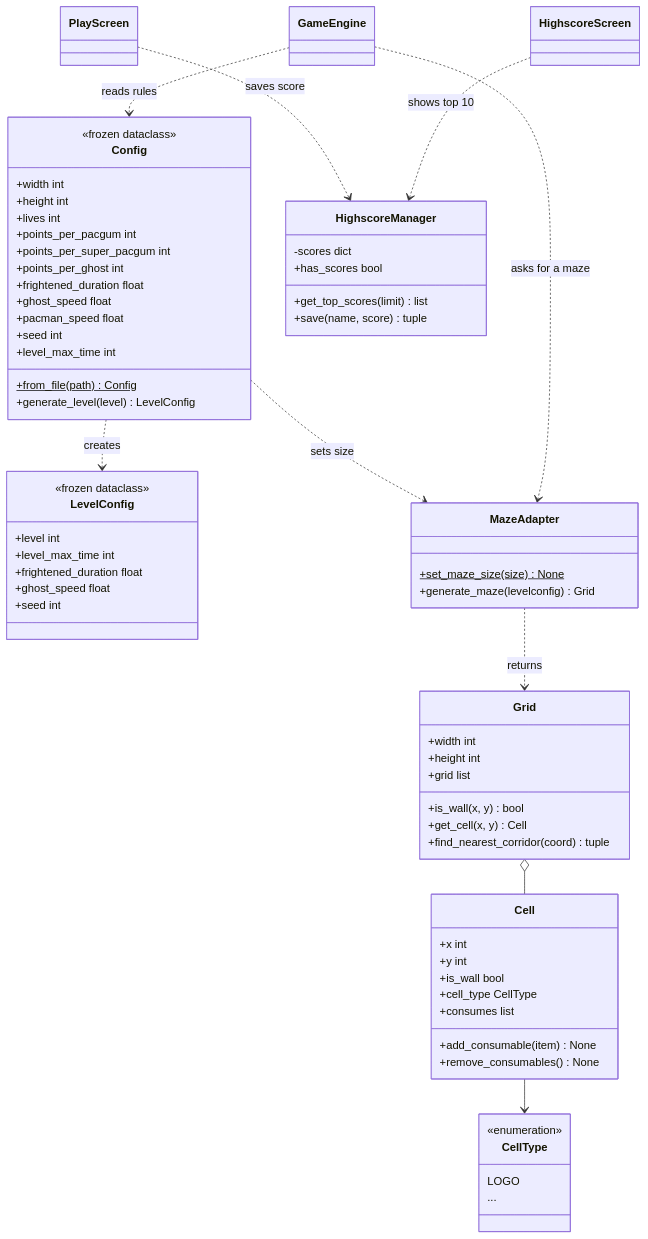
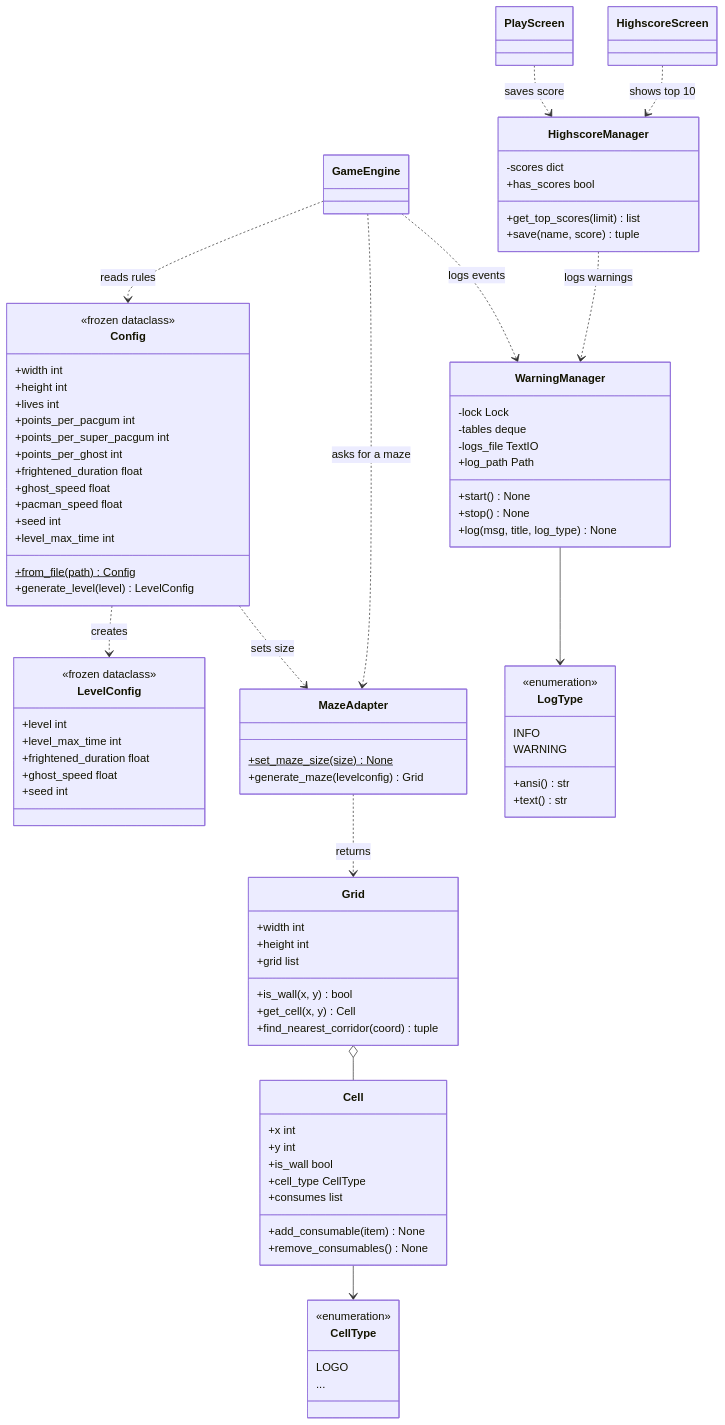
The fourth of 8 diagrams in project_management/uml.md (Roy-ALPHA/Pac-Man), drawn with Mermaid before and after one commit. The commit also changed other lines of this file and 7 other files, not shown here.

````diff
--- a/project_management/uml.md
+++ b/project_management/uml.md
@@ -397,6 +405,24 @@
         +save(name, score) tuple
     }
 
+    class LogType {
+        <<enumeration>>
+        INFO
+        WARNING
+        +ansi() str
+        +text() str
+    }
+
+    class WarningManager {
+        -lock Lock
+        -tables deque
+        -logs_file TextIO
+        +log_path Path
+        +start() None
+        +stop() None
+        +log(msg, title, log_type) None
+    }
+
     GameEngine ..> Config : reads rules
     Config ..> LevelConfig : creates
     Config ..> MazeAdapter : sets size
@@ -406,4 +432,7 @@
     Cell --> CellType
     PlayScreen ..> HighscoreManager : saves score
     HighscoreScreen ..> HighscoreManager : shows top 10
+    GameEngine ..> WarningManager : logs events
+    HighscoreManager ..> WarningManager : logs warnings
+    WarningManager --> LogType
 ```
````
